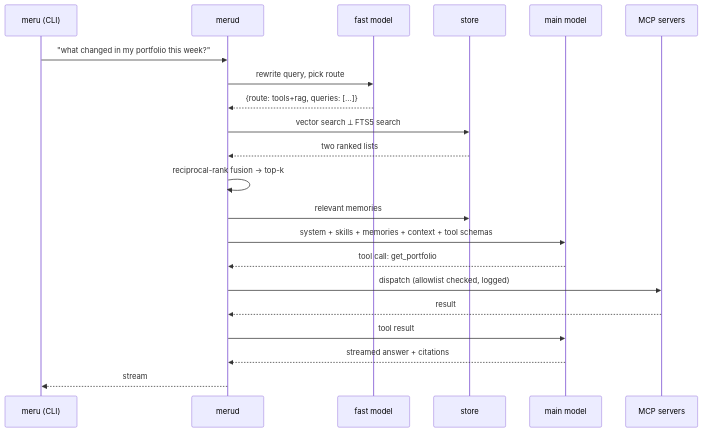
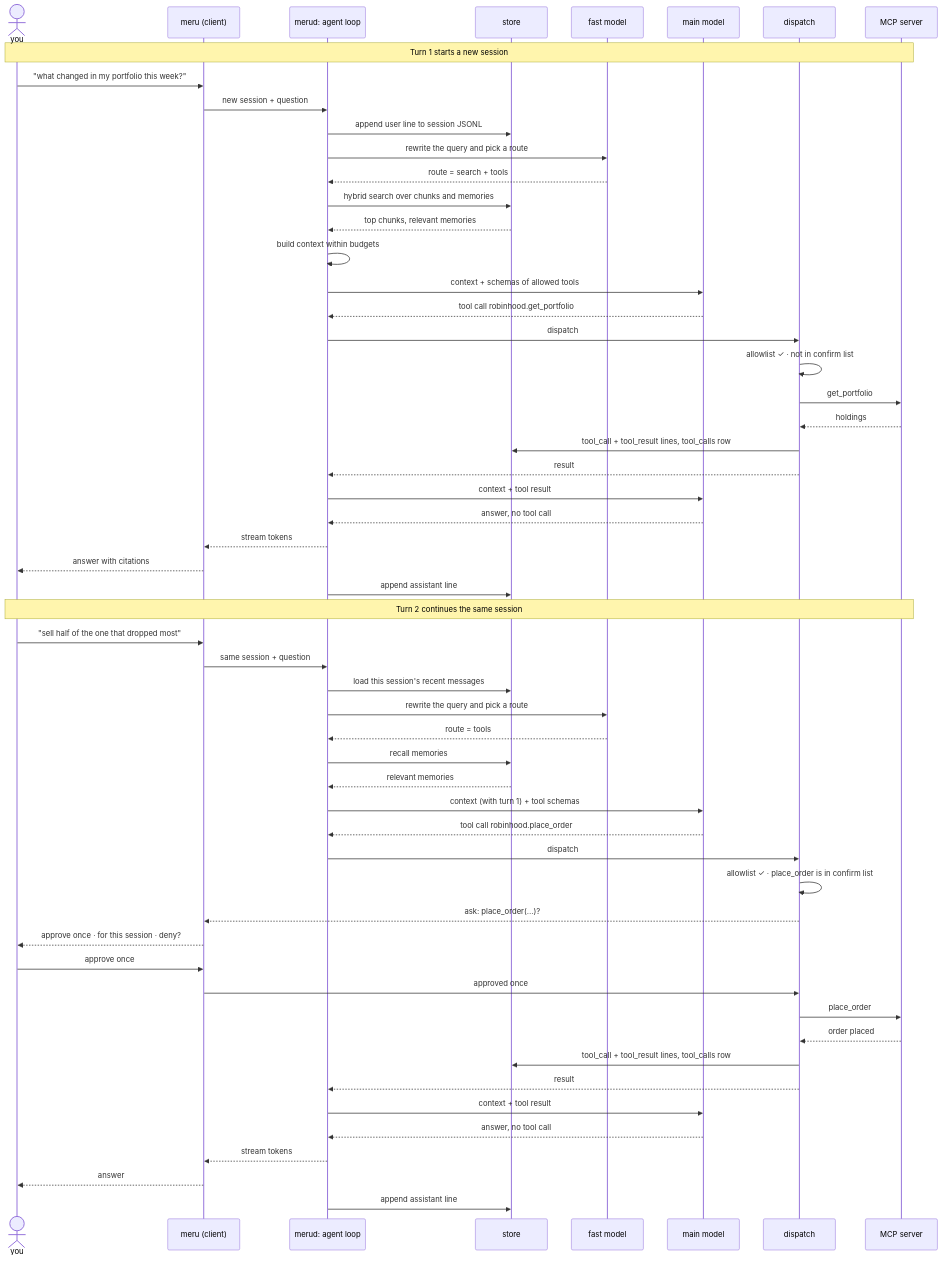
Before and after one commit to aarora79/meru: the second of 5 diagrams in ARCHITECTURE.md, drawn with Mermaid. The commit also changed other lines of this file and 27 other files, not shown here.

First line of the commit message:
Design: Go rewrite, full architecture, docs site and repo skills

````diff
--- a/ARCHITECTURE.md
+++ b/ARCHITECTURE.md
@@ -160,24 +181,60 @@
 ```mermaid
 sequenceDiagram
-    participant U as meru (CLI)
-    participant D as merud
+    actor U as you
+    participant C as meru (client)
+    participant L as merud: agent loop
+    participant S as store
     participant F as fast model
-    participant S as store
     participant M as main model
-    participant T as MCP servers
+    participant D as dispatch
+    participant T as MCP server
 
-    U->>D: "what changed in my portfolio this week?"
-    D->>F: rewrite query, pick route
-    F-->>D: {route: tools+rag, queries: [...]}
-    D->>S: vector search  ⟂  FTS5 search
-    S-->>D: two ranked lists
-    D->>D: reciprocal-rank fusion → top-k
-    D->>S: relevant memories
-    D->>M: system + skills + memories + context + tool schemas
-    M-->>D: tool call: get_portfolio
-    D->>T: dispatch (allowlist checked, logged)
-    T-->>D: result
-    D->>M: tool result
-    M-->>D: streamed answer + citations
-    D-->>U: stream
+    Note over U,T: Turn 1 starts a new session
+    U->>C: "what changed in my portfolio this week?"
+    C->>L: new session + question
+    L->>S: append user line to session JSONL
+    L->>F: rewrite the query and pick a route
+    F-->>L: route = search + tools
+    L->>S: hybrid search over chunks and memories
+    S-->>L: top chunks, relevant memories
+    L->>L: build context within budgets
+    L->>M: context + schemas of allowed tools
+    M-->>L: tool call robinhood.get_portfolio
+    L->>D: dispatch
+    D->>D: allowlist ✓ · not in confirm list
+    D->>T: get_portfolio
+    T-->>D: holdings
+    D->>S: tool_call + tool_result lines, tool_calls row
+    D-->>L: result
+    L->>M: context + tool result
+    M-->>L: answer, no tool call
+    L-->>C: stream tokens
+    C-->>U: answer with citations
+    L->>S: append assistant line
+
+    Note over U,T: Turn 2 continues the same session
+    U->>C: "sell half of the one that dropped most"
+    C->>L: same session + question
+    L->>S: load this session's recent messages
+    L->>F: rewrite the query and pick a route
+    F-->>L: route = tools
+    L->>S: recall memories
+    S-->>L: relevant memories
+    L->>M: context (with turn 1) + tool schemas
+    M-->>L: tool call robinhood.place_order
+    L->>D: dispatch
+    D->>D: allowlist ✓ · place_order is in confirm list
+    D-->>C: ask: place_order(...)?
+    C-->>U: approve once · for this session · deny?
+    U->>C: approve once
+    C->>D: approved once
+    D->>T: place_order
+    T-->>D: order placed
+    D->>S: tool_call + tool_result lines, tool_calls row
+    D-->>L: result
+    L->>M: context + tool result
+    M-->>L: answer, no tool call
+    L-->>C: stream tokens
+    C-->>U: answer
+    L->>S: append assistant line
 ```
````
